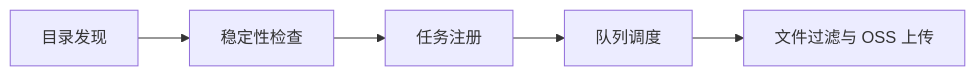
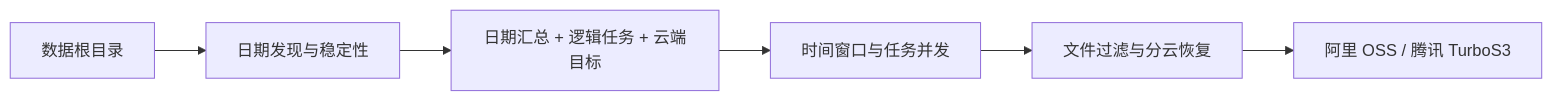
One commit to MzKyle/Auto-Upload-Studio changed the diagram in docs/modules/README.md. Above: the diagram before and after it, drawn with Mermaid. The commit also changed other lines of this file and 33 other files, not shown here.

````diff
--- a/docs/modules/README.md
+++ b/docs/modules/README.md
@@ -7,7 +3,8 @@
 ```mermaid
-graph LR
-    Discover["目录发现"] --> Stable["稳定性检查"]
-    Stable --> Task["任务注册"]
-    Task --> Queue["队列调度"]
-    Queue --> Upload["文件过滤与 OSS 上传"]
+flowchart LR
+  Root["数据根目录"] --> Scanner["日期发现与稳定性"]
+  Scanner --> Register["日期汇总 + 逻辑任务 + 云端目标"]
+  Register --> Queue["时间窗口与任务并发"]
+  Queue --> Runner["文件过滤与分云恢复"]
+  Runner --> Cloud["阿里 OSS / 腾讯 TurboS3"]
 ```
````
